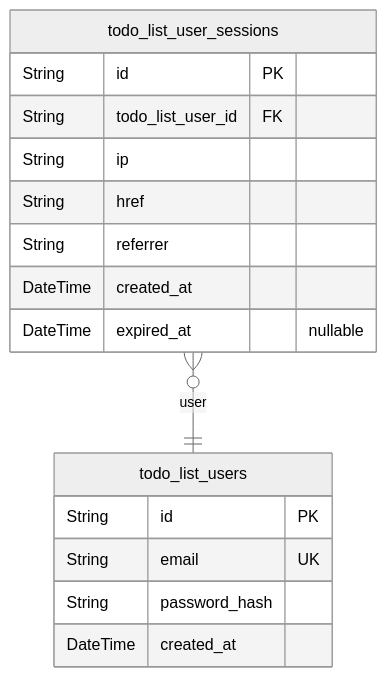
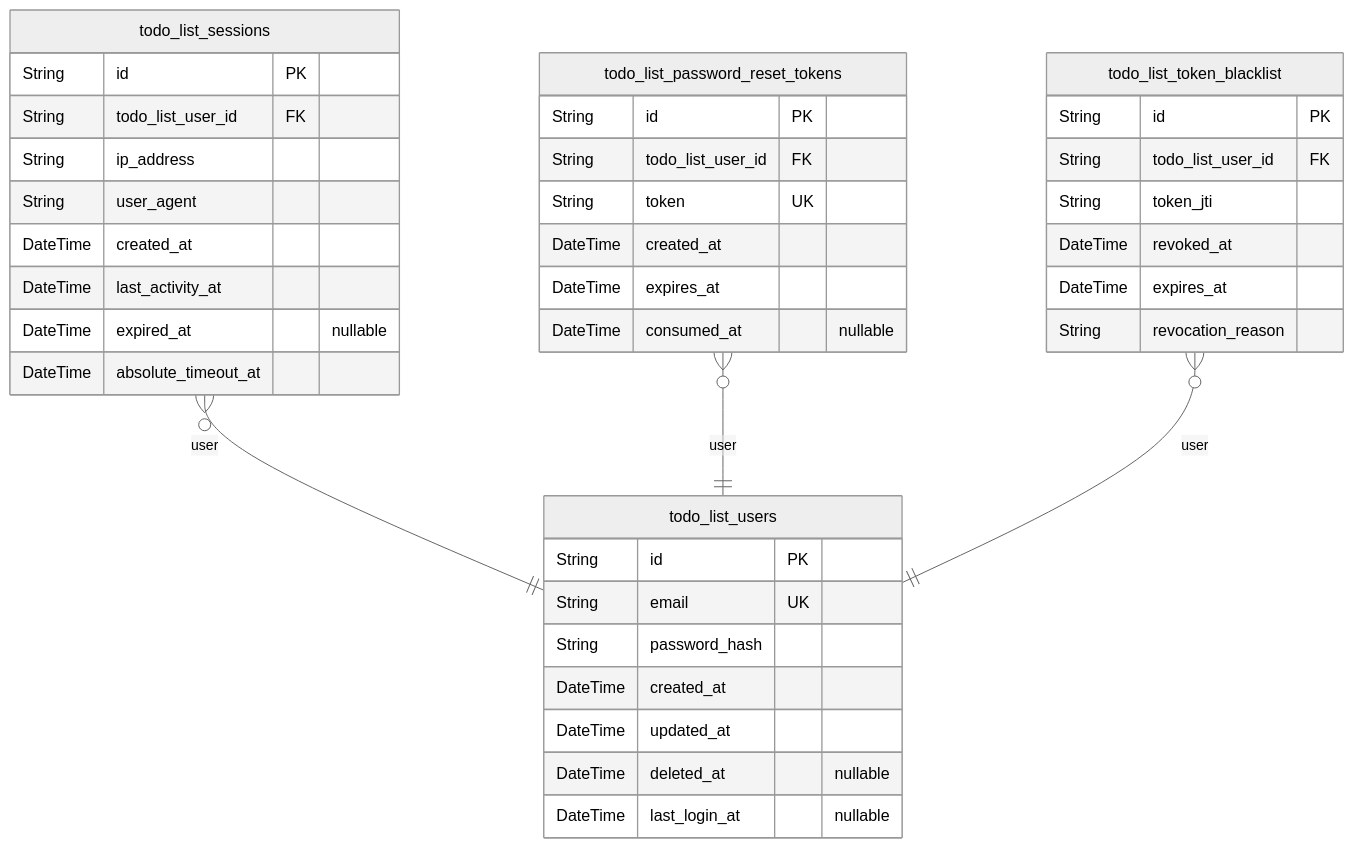
The second of 3 diagrams in anthropic/claude-haiku-4.5/todo/docs/ERD.md (wrtnlabs/autobe-examples), drawn with Mermaid (neutral theme) before and after one commit. The commit also changed other lines of this file and 8017 other files, not shown here.

````diff
--- a/anthropic/claude-haiku-4.5/todo/docs/ERD.md
+++ b/anthropic/claude-haiku-4.5/todo/docs/ERD.md
@@ -10,19 +67,41 @@
 ```mermaid
 erDiagram
 "todo_list_users" {
   String id PK
   String email UK
   String password_hash
   DateTime created_at
+  DateTime updated_at
+  DateTime deleted_at "nullable"
+  DateTime last_login_at "nullable"
 }
-"todo_list_user_sessions" {
+"todo_list_sessions" {
   String id PK
   String todo_list_user_id FK
-  String ip
-  String href
-  String referrer
+  String ip_address
+  String user_agent
   DateTime created_at
+  DateTime last_activity_at
   DateTime expired_at "nullable"
+  DateTime absolute_timeout_at
 }
-"todo_list_user_sessions" }o--|| "todo_list_users" : user
+"todo_list_password_reset_tokens" {
+  String id PK
+  String todo_list_user_id FK
+  String token UK
+  DateTime created_at
+  DateTime expires_at
+  DateTime consumed_at "nullable"
+}
+"todo_list_token_blacklist" {
+  String id PK
+  String todo_list_user_id FK
+  String token_jti
+  DateTime revoked_at
+  DateTime expires_at
+  String revocation_reason
+}
+"todo_list_sessions" }o--|| "todo_list_users" : user
+"todo_list_password_reset_tokens" }o--|| "todo_list_users" : user
+"todo_list_token_blacklist" }o--|| "todo_list_users" : user
 ```
````
